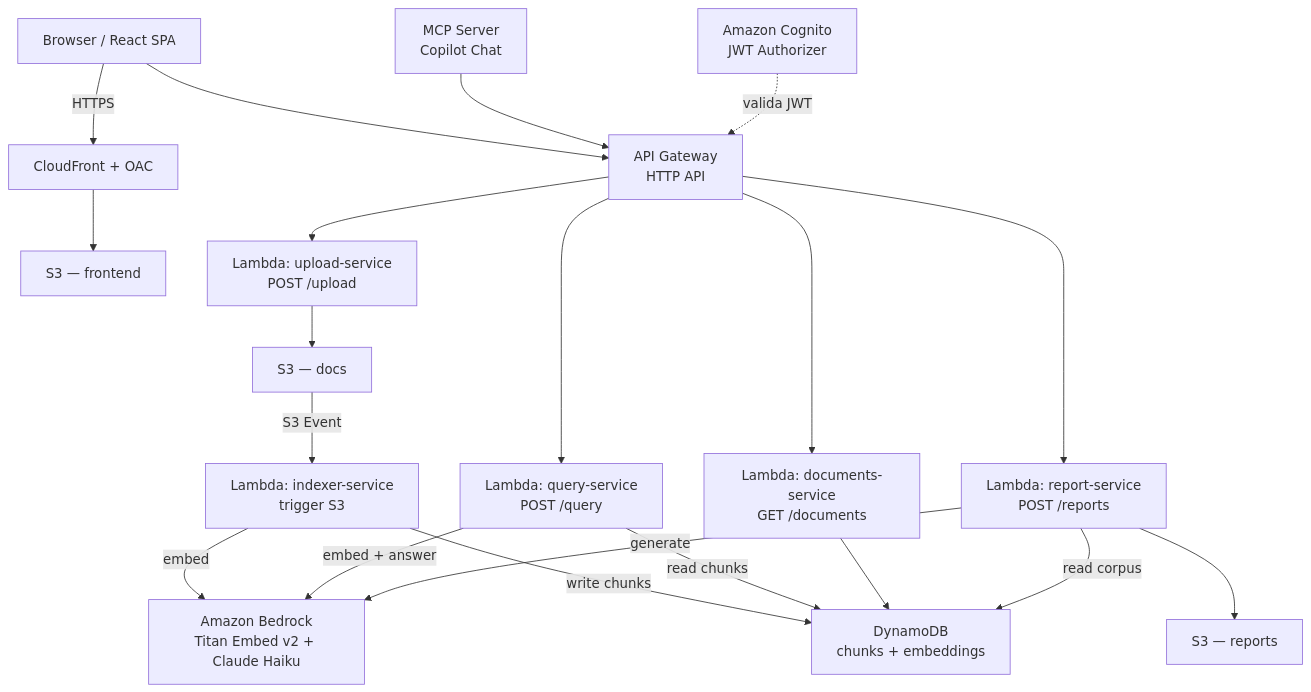
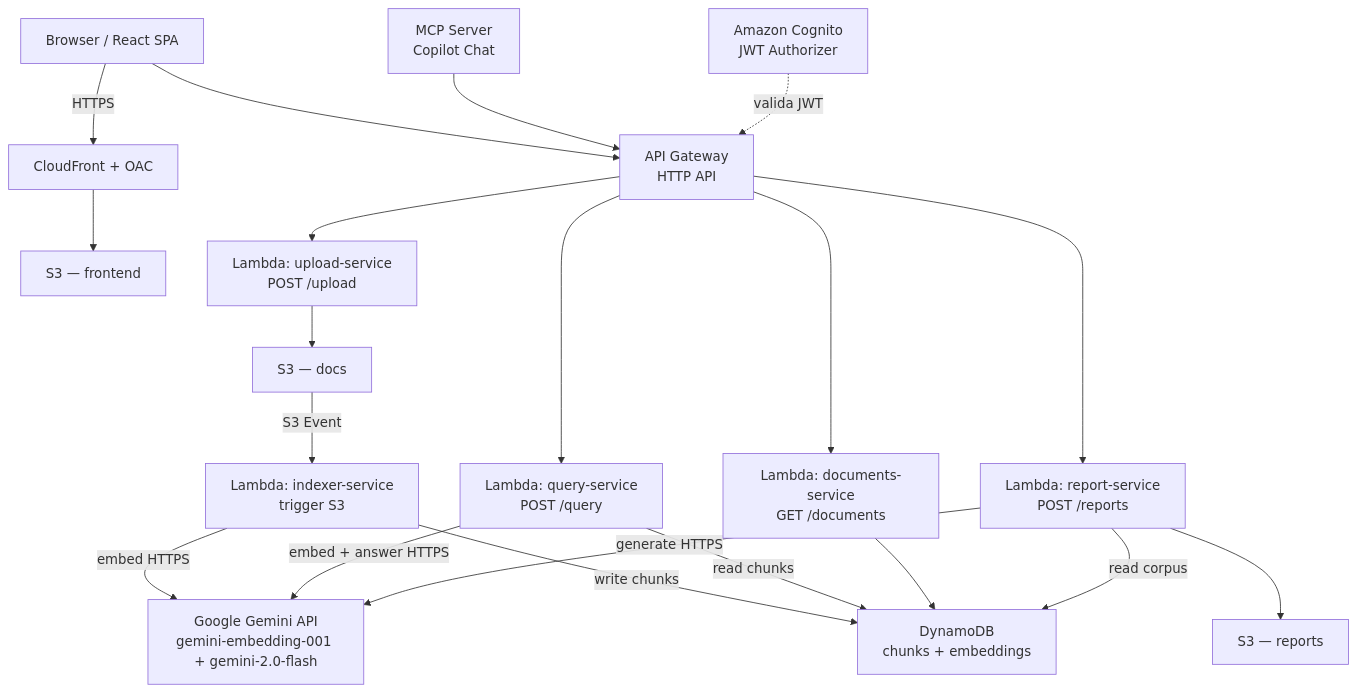
Before and after one commit to susgleik/semantic-research: the diagram in CLAUDE.md, drawn with Mermaid. The commit also changed other lines of this file and 2 other files, not shown here.

First line of the commit message:
docs: actualizar arquitectura para reflejar fin del free tier, migración a Gemini y plan de entorno local

````diff
--- a/CLAUDE.md
+++ b/CLAUDE.md
@@ -29,46 +31,46 @@
 ```mermaid
 graph TD
     Browser["Browser / React SPA"]
     MCP["MCP Server\nCopilot Chat"]
 
     CF["CloudFront + OAC"]
     S3FE["S3 — frontend"]
     Cognito["Amazon Cognito\nJWT Authorizer"]
     APIGW["API Gateway\nHTTP API"]
 
     Upload["Lambda: upload-service\nPOST /upload"]
     Indexer["Lambda: indexer-service\ntrigger S3"]
     Query["Lambda: query-service\nPOST /query"]
     Documents["Lambda: documents-service\nGET /documents"]
     Reports["Lambda: report-service\nPOST /reports"]
 
     S3Docs["S3 — docs"]
     S3Rep["S3 — reports"]
     Dynamo["DynamoDB\nchunks + embeddings"]
-    Bedrock["Amazon Bedrock\nTitan Embed v2 + Claude Haiku"]
+    Gemini["Google Gemini API\ngemini-embedding-001 + gemini-2.0-flash"]
 
     Browser -->|HTTPS| CF
     CF --> S3FE
     Browser --> APIGW
     MCP --> APIGW
     Cognito -.->|valida JWT| APIGW
 
     APIGW --> Upload
     APIGW --> Query
     APIGW --> Documents
     APIGW --> Reports
 
     Upload --> S3Docs
     S3Docs -->|S3 Event| Indexer
-    Indexer -->|embed| Bedrock
+    Indexer -->|embed HTTPS| Gemini
     Indexer -->|write chunks| Dynamo
 
     Query -->|read chunks| Dynamo
-    Query -->|embed + answer| Bedrock
+    Query -->|embed + answer HTTPS| Gemini
 
     Documents --> Dynamo
 
     Reports -->|read corpus| Dynamo
-    Reports -->|generate| Bedrock
+    Reports -->|generate HTTPS| Gemini
     Reports --> S3Rep
 ```
````
